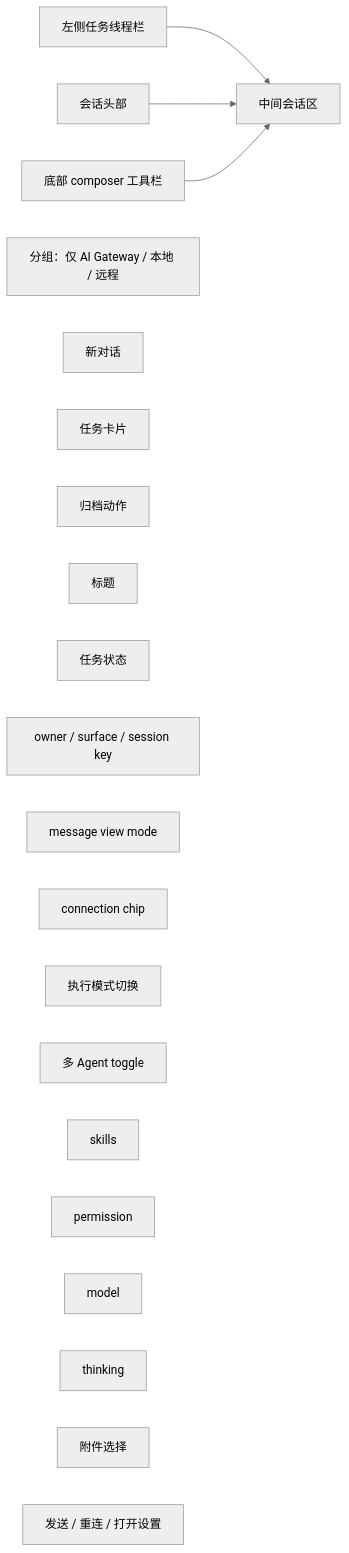
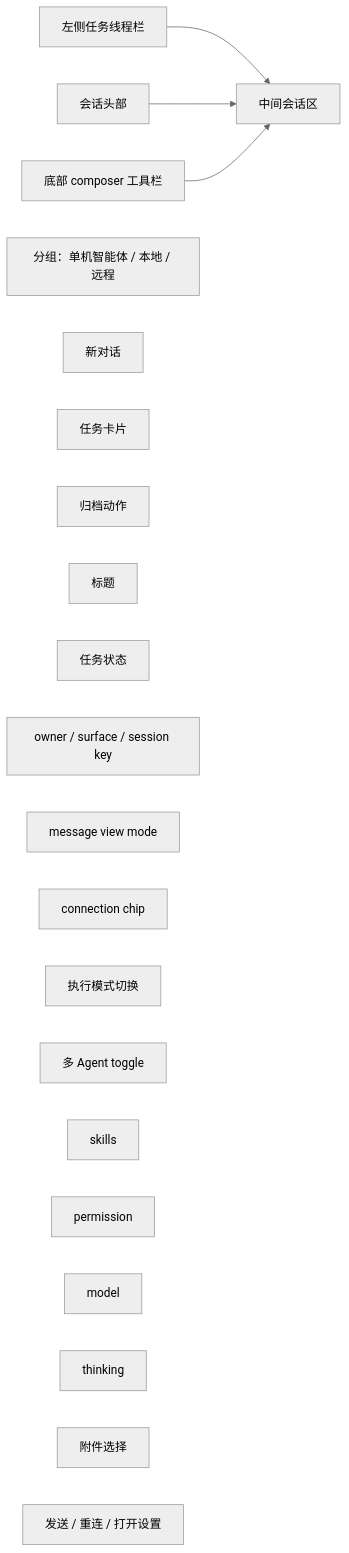
The diagram in docs/architecture/assistant-thread-information-architecture.md (ai-workspace-lab/xworkmate-app), drawn with Mermaid (neutral theme) before and after one commit. The commit also changed other lines of this file and 27 other files, not shown here.

````diff
--- a/docs/architecture/assistant-thread-information-architecture.md
+++ b/docs/architecture/assistant-thread-information-architecture.md
@@ -34,26 +34,26 @@
 ```mermaid
 flowchart LR
   A["左侧任务线程栏"] --> B["中间会话区"]
   C["会话头部"] --> B
   D["底部 composer 工具栏"] --> B
 
-  A1["分组：仅 AI Gateway / 本地 / 远程"]
+  A1["分组：单机智能体 / 本地 / 远程"]
   A2["新对话"]
   A3["任务卡片"]
   A4["归档动作"]
 
   C1["标题"]
   C2["任务状态"]
   C3["owner / surface / session key"]
   C4["message view mode"]
   C5["connection chip"]
 
   D1["执行模式切换"]
   D2["多 Agent toggle"]
   D3["skills"]
   D4["permission"]
   D5["model"]
   D6["thinking"]
   D7["附件选择"]
   D8["发送 / 重连 / 打开设置"]
 ```
````
